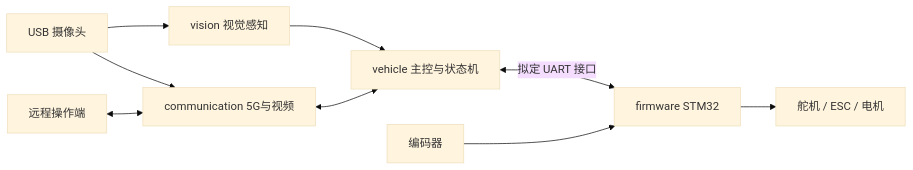
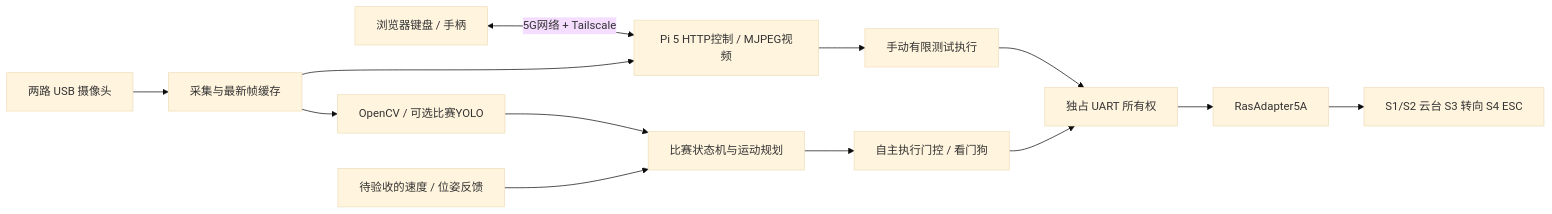
The diagram in README.md (zxjzzbh/2026-), drawn with Mermaid (base theme) before and after one commit. The commit also changed other lines of this file and 204 other files, not shown here.

````diff
--- a/README.md
+++ b/README.md
@@ -46,11 +14,15 @@
 ```mermaid
 flowchart LR
-    Camera[USB 摄像头] --> Vision[vision 视觉感知]
-    Vision --> Vehicle[vehicle 主控与状态机]
-    Remote[远程操作端] <--> Comm[communication 5G与视频]
-    Camera --> Comm
-    Comm <--> Vehicle
-    Vehicle <-->|拟定 UART 接口| MCU[firmware STM32]
-    MCU --> Actuator[舵机 / ESC / 电机]
-    Encoder[编码器] --> MCU
+    Remote[浏览器键盘 / 手柄] <-->|5G网络 + Tailscale| Web[Pi 5 HTTP控制 / MJPEG视频]
+    Cam[两路 USB 摄像头] --> Capture[采集与最新帧缓存]
+    Capture --> Web
+    Capture --> Perception[OpenCV / 可选比赛YOLO]
+    Perception --> Decision[比赛状态机与运动规划]
+    Feedback[待验收的速度 / 位姿反馈] --> Decision
+    Web --> Manual[手动有限测试执行]
+    Manual --> UART[独占 UART 所有权]
+    Decision --> Auto[自主执行门控 / 看门狗]
+    Auto --> UART
+    UART --> Board[RasAdapter5A]
+    Board --> Output[S1/S2 云台 S3 转向 S4 ESC]
 ```
````
